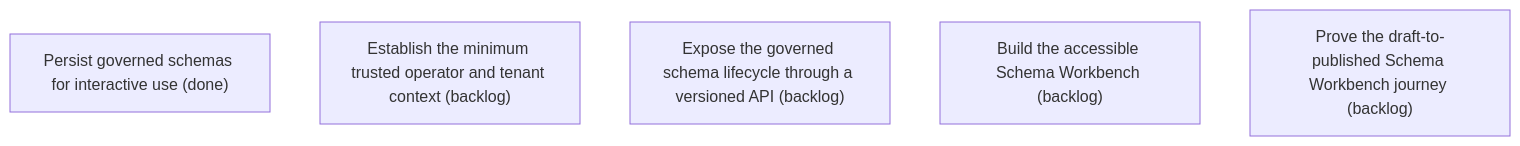
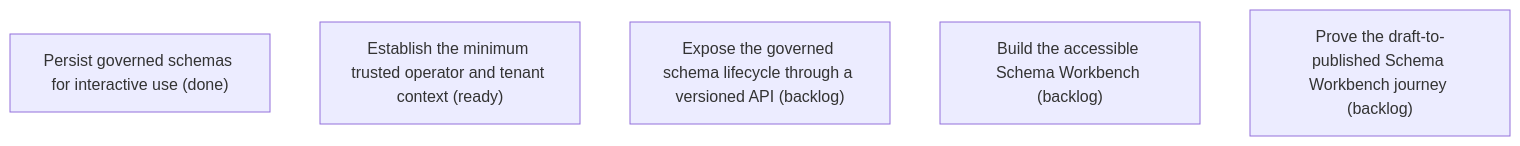
The diagram in .skyhook/plan/epics/37GEDS1AHPKD75TVFA4TGN1VD4.md (asadayoub/Evidentia), drawn with Mermaid before and after one commit. The commit also changed other lines of this file and 52 other files, not shown here.

Commit message:
chore(skyhook): plan trusted operator context

````diff
--- a/.skyhook/plan/epics/37GEDS1AHPKD75TVFA4TGN1VD4.md
+++ b/.skyhook/plan/epics/37GEDS1AHPKD75TVFA4TGN1VD4.md
@@ -24,8 +24,8 @@
 ```mermaid
 flowchart TD
     0VJ9SHA39TA291D8QXB0TQS3HQ["Persist governed schemas for interactive use (done)"]
-    N1ZNPJWFZYPV0MVB8FP137GRJP["Establish the minimum trusted operator and tenant context (backlog)"]
+    N1ZNPJWFZYPV0MVB8FP137GRJP["Establish the minimum trusted operator and tenant context (ready)"]
     X51S43NTMRW5ASYSKJBF7FW845["Expose the governed schema lifecycle through a versioned API (backlog)"]
     H98W5WTJBWT8EY0Q10P3KPCEEB["Build the accessible Schema Workbench (backlog)"]
     265YM4FNANJAH2J338BKAWFXDM["Prove the draft-to-published Schema Workbench journey (backlog)"]
 ```
````
